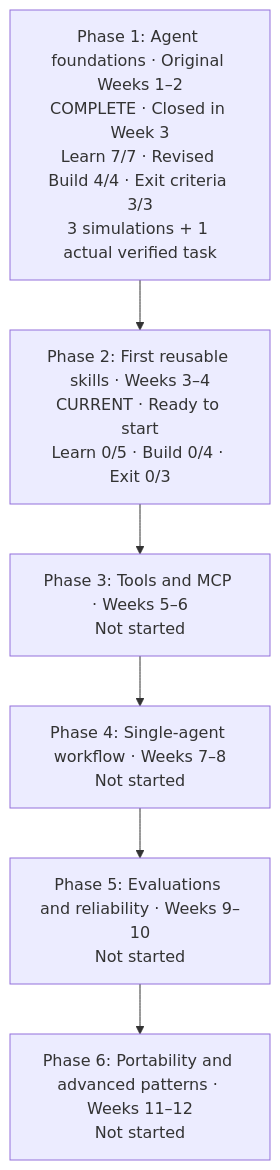
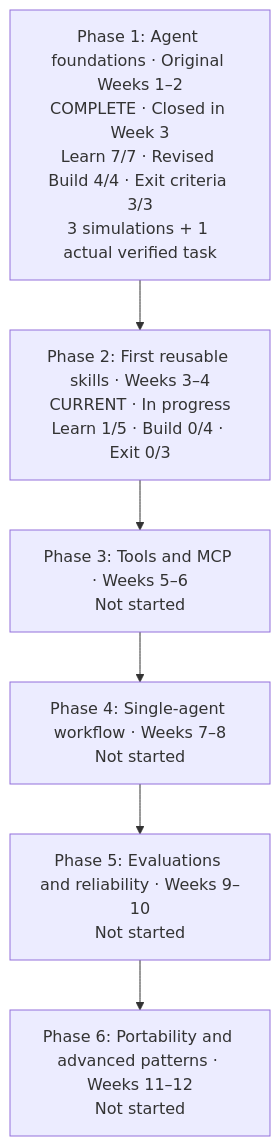
Before and after one commit to rezamohamadlo/agent-learning-coach: the diagram in learner/reza/ROADMAP.md, drawn with Mermaid. The commit also changed other lines of this file and 3 other files, not shown here.

````diff
--- a/learner/reza/ROADMAP.md
+++ b/learner/reza/ROADMAP.md
@@ -39,10 +39,10 @@
 ```mermaid
 flowchart TB
     P1["Phase 1: Agent foundations · Original Weeks 1–2<br/>COMPLETE · Closed in Week 3<br/>Learn 7/7 · Revised Build 4/4 · Exit criteria 3/3<br/>3 simulations + 1 actual verified task"]
-    P2["Phase 2: First reusable skills · Weeks 3–4<br/>CURRENT · Ready to start<br/>Learn 0/5 · Build 0/4 · Exit 0/3"]
+    P2["Phase 2: First reusable skills · Weeks 3–4<br/>CURRENT · In progress<br/>Learn 1/5 · Build 0/4 · Exit 0/3"]
     P3["Phase 3: Tools and MCP · Weeks 5–6<br/>Not started"]
     P4["Phase 4: Single-agent workflow · Weeks 7–8<br/>Not started"]
     P5["Phase 5: Evaluations and reliability · Weeks 9–10<br/>Not started"]
     P6["Phase 6: Portability and advanced patterns · Weeks 11–12<br/>Not started"]
     P1 --> P2 --> P3 --> P4 --> P5 --> P6
 ```
````
